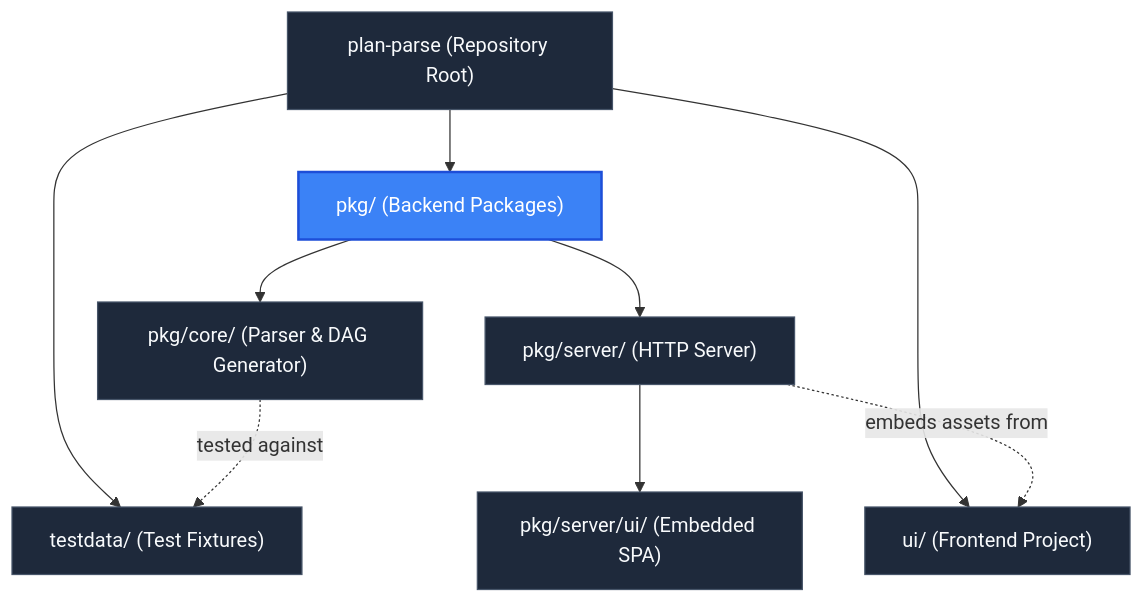
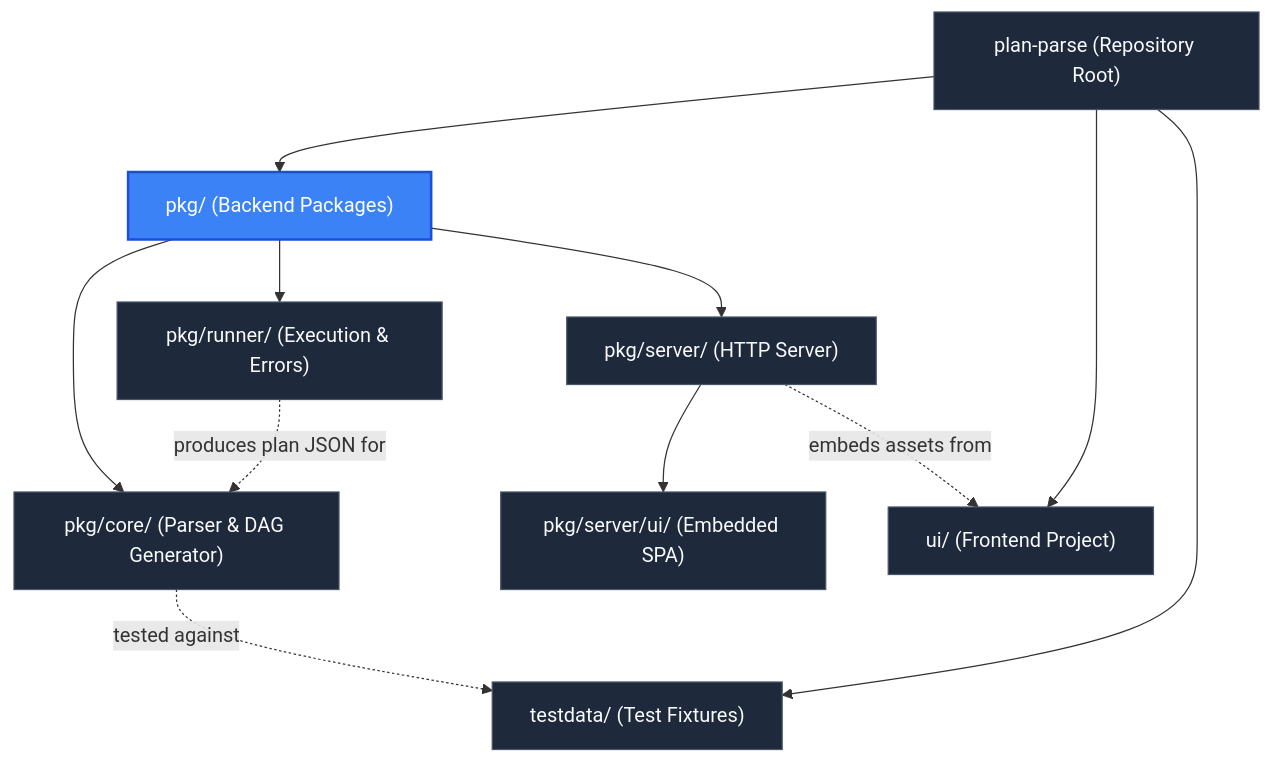
The second of 2 diagrams in pkg/README.md (AatirNadim/plan-parse), drawn with Mermaid before and after one commit. The commit also changed other lines of this file and 7 other files, not shown here.

First line of the commit message:
feat: add programmatic runner for Terraform plan generation and validation

````diff
--- a/pkg/README.md
+++ b/pkg/README.md
@@ -89,24 +77,27 @@
 ```mermaid
 flowchart TD
     ROOT["plan-parse (Repository Root)"]:::node
     PKG["pkg/ (Backend Packages)"]:::current
     CORE["pkg/core/ (Parser & DAG Generator)"]:::node
+    RUNNER["pkg/runner/ (Execution & Errors)"]:::node
     SERVER["pkg/server/ (HTTP Server)"]:::node
     SERVER_UI["pkg/server/ui/ (Embedded SPA)"]:::node
     UI["ui/ (Frontend Project)"]:::node
     TESTDATA["testdata/ (Test Fixtures)"]:::node
 
     ROOT --> PKG
     ROOT --> UI
     ROOT --> TESTDATA
 
     PKG --> CORE
+    PKG --> RUNNER
     PKG --> SERVER
     SERVER --> SERVER_UI
 
     SERVER -.->|embeds assets from| UI
     CORE -.->|tested against| TESTDATA
+    RUNNER -.->|produces plan JSON for| CORE
 
     classDef current fill:#3b82f6,stroke:#1d4ed8,stroke-width:2px,color:#ffffff;
     classDef node fill:#1e293b,stroke:#475569,stroke-width:1px,color:#f8fafc;
 ```
````
